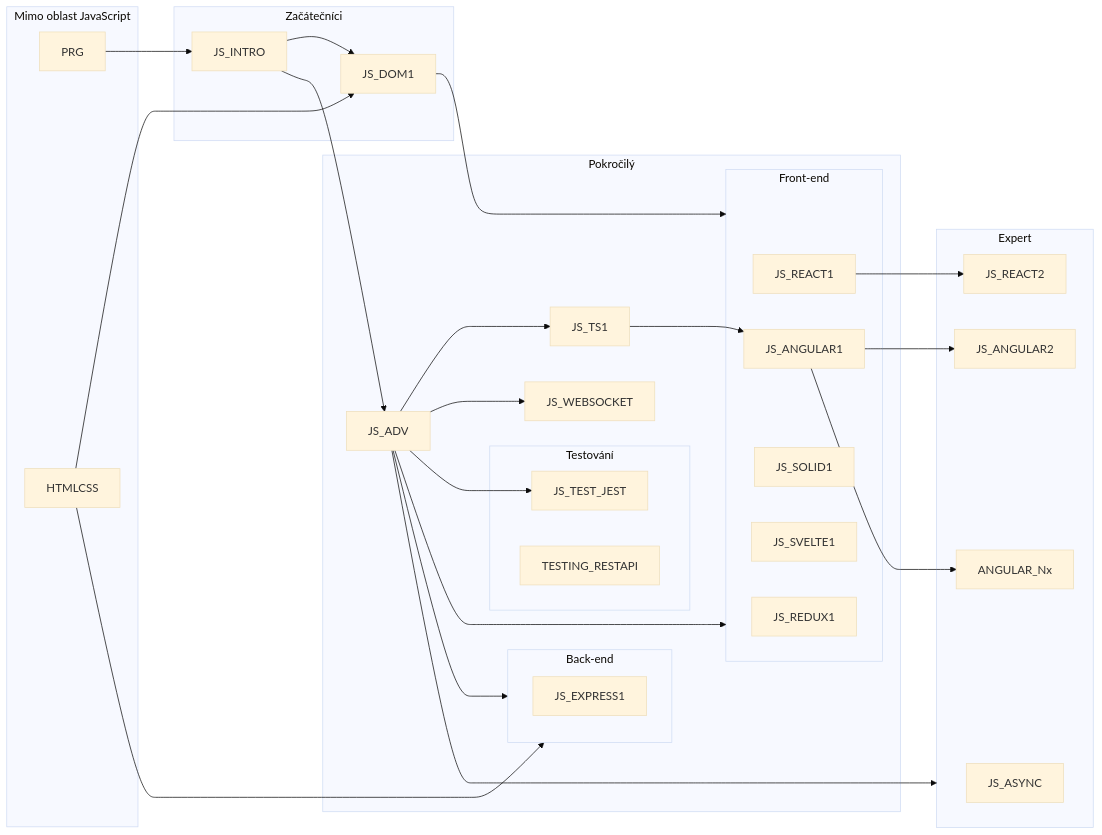
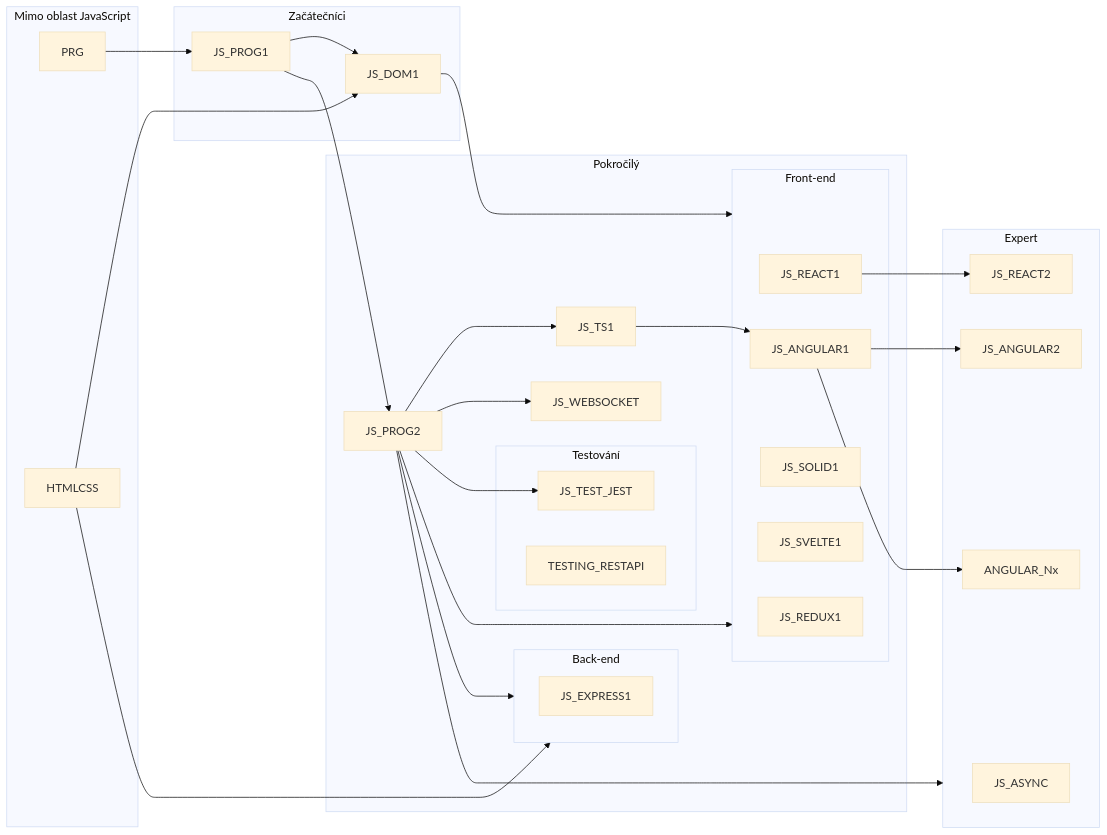
The diagram in map.md (mbradic/gopas-osnovy), drawn with Mermaid (base theme) before and after one commit. The commit also changed 31 other files, not shown here.

Commit message:
Update: JS_INTRO a JS_ADV -> JS_PROG1 a JS_PROG2

````diff
--- a/map.md
+++ b/map.md
@@ -3,62 +3,62 @@
 ```mermaid
 graph LR
     subgraph Mimo oblast JavaScript
         PRG
         HTMLCSS
     end
     subgraph Začátečníci
-        JS_INTRO
+        JS_PROG1
         JS_DOM1
     end
     subgraph Pokročilý
-        JS_ADV
+        JS_PROG2
         JS_TS1
         subgraph Front-end
             JS_REACT1
             JS_ANGULAR1
             JS_SOLID1
             JS_SVELTE1
             JS_REDUX1            
         end
         subgraph Back-end
             JS_EXPRESS1
         end
         subgraph Testování
             JS_TEST_JEST
             TESTING_RESTAPI
         end
         JS_WEBSOCKET
     end
     subgraph Expert
         JS_ASYNC
         JS_REACT2
         JS_ANGULAR2
         ANGULAR_Nx
     end
 
-    PRG --> JS_INTRO
+    PRG --> JS_PROG1
     HTMLCSS --> JS_DOM1
     
     JS_DOM1 --> Front-end
-    JS_ADV  --> Front-end
+    JS_PROG2  --> Front-end
 
     HTMLCSS --> Back-end
-    JS_ADV  --> Back-end
+    JS_PROG2  --> Back-end
     
-    JS_ADV --> Expert
+    JS_PROG2 --> Expert
     
-    JS_INTRO --> JS_DOM1
-    JS_INTRO --> JS_ADV
+    JS_PROG1 --> JS_DOM1
+    JS_PROG1 --> JS_PROG2
     
-    JS_ADV --> JS_TS1
+    JS_PROG2 --> JS_TS1
     JS_TS1 --> JS_ANGULAR1
     
-    JS_ADV --> JS_WEBSOCKET
+    JS_PROG2 --> JS_WEBSOCKET
 
-    JS_ADV --> JS_TEST_JEST
+    JS_PROG2 --> JS_TEST_JEST
 
     JS_REACT1 --> JS_REACT2
     
     JS_ANGULAR1 --> JS_ANGULAR2
     JS_ANGULAR1 --> ANGULAR_Nx
 ```
````
